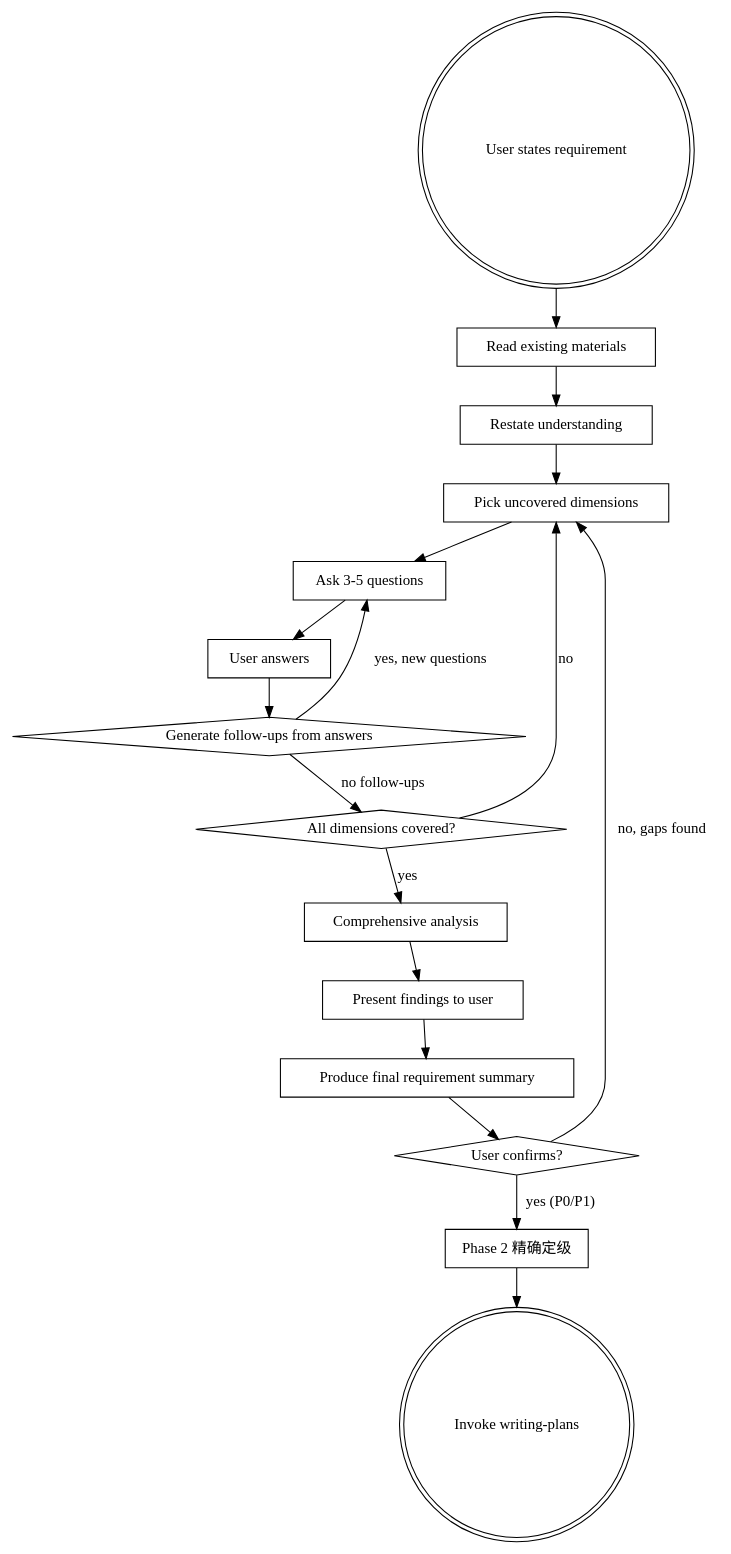
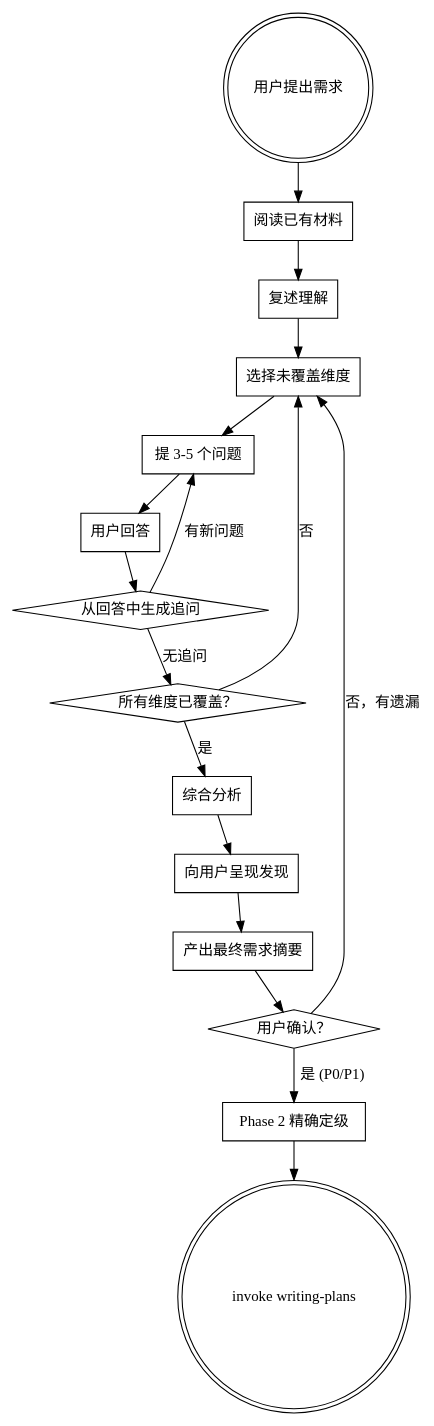
Before and after one commit to Aimeerrhythm/enterprise-change-workflow: the diagram in skills/requirements-elicitation/SKILL.md, drawn with Graphviz. The commit also changed other lines of this file, not shown here.

````diff
--- a/skills/requirements-elicitation/SKILL.md
+++ b/skills/requirements-elicitation/SKILL.md
@@ -46,37 +46,37 @@
 ```dot
 digraph requirements {
   rankdir=TB;
   
-  "User states requirement" [shape=doublecircle];
-  "Read existing materials" [shape=box];
-  "Restate understanding" [shape=box];
-  "Pick uncovered dimensions" [shape=box];
-  "Ask 3-5 questions" [shape=box];
-  "User answers" [shape=box];
-  "Generate follow-ups from answers" [shape=diamond];
-  "All dimensions covered?" [shape=diamond];
-  "Comprehensive analysis" [shape=box];
-  "Present findings to user" [shape=box];
-  "Produce final requirement summary" [shape=box];
-  "User confirms?" [shape=diamond];
+  "用户提出需求" [shape=doublecircle];
+  "阅读已有材料" [shape=box];
+  "复述理解" [shape=box];
+  "选择未覆盖维度" [shape=box];
+  "提 3-5 个问题" [shape=box];
+  "用户回答" [shape=box];
+  "从回答中生成追问" [shape=diamond];
+  "所有维度已覆盖？" [shape=diamond];
+  "综合分析" [shape=box];
+  "向用户呈现发现" [shape=box];
+  "产出最终需求摘要" [shape=box];
+  "用户确认？" [shape=diamond];
   "Phase 2 精确定级" [shape=box];
-  "Invoke writing-plans" [shape=doublecircle];
+  "invoke writing-plans" [shape=doublecircle];
 
-  "User states requirement" -> "Read existing materials";
-  "Read existing materials" -> "Restate understanding";
-  "Restate understanding" -> "Pick uncovered dimensions";
-  "Pick uncovered dimensions" -> "Ask 3-5 questions";
-  "Ask 3-5 questions" -> "User answers";
-  "User answers" -> "Generate follow-ups from answers";
-  "Generate follow-ups from answers" -> "Ask 3-5 questions" [label="yes, new questions"];
-  "Generate follow-ups from answers" -> "All dimensions covered?" [label="no follow-ups"];
-  "All dimensions covered?" -> "Pick uncovered dimensions" [label="no"];
-  "All dimensions covered?" -> "Comprehensive analysis" [label="yes"];
-  "Comprehensive analysis" -> "Present findings to user";
-  "Present findings to user" -> "Produce final requirement summary";
-  "Produce final requirement summary" -> "User confirms?";
-  "User confirms?" -> "Pick uncovered dimensions" [label="no, gaps found"];
-  "User confirms?" -> "Phase 2 精确定级" [label="yes (P0/P1)"];
-  "Phase 2 精确定级" -> "Invoke writing-plans";
+  "用户提出需求" -> "阅读已有材料";
+  "阅读已有材料" -> "复述理解";
+  "复述理解" -> "选择未覆盖维度";
+  "选择未覆盖维度" -> "提 3-5 个问题";
+  "提 3-5 个问题" -> "用户回答";
+  "用户回答" -> "从回答中生成追问";
+  "从回答中生成追问" -> "提 3-5 个问题" [label="有新问题"];
+  "从回答中生成追问" -> "所有维度已覆盖？" [label="无追问"];
+  "所有维度已覆盖？" -> "选择未覆盖维度" [label="否"];
+  "所有维度已覆盖？" -> "综合分析" [label="是"];
+  "综合分析" -> "向用户呈现发现";
+  "向用户呈现发现" -> "产出最终需求摘要";
+  "产出最终需求摘要" -> "用户确认？";
+  "用户确认？" -> "选择未覆盖维度" [label="否，有遗漏"];
+  "用户确认？" -> "Phase 2 精确定级" [label="是 (P0/P1)"];
+  "Phase 2 精确定级" -> "invoke writing-plans";
 }
 ```
````
